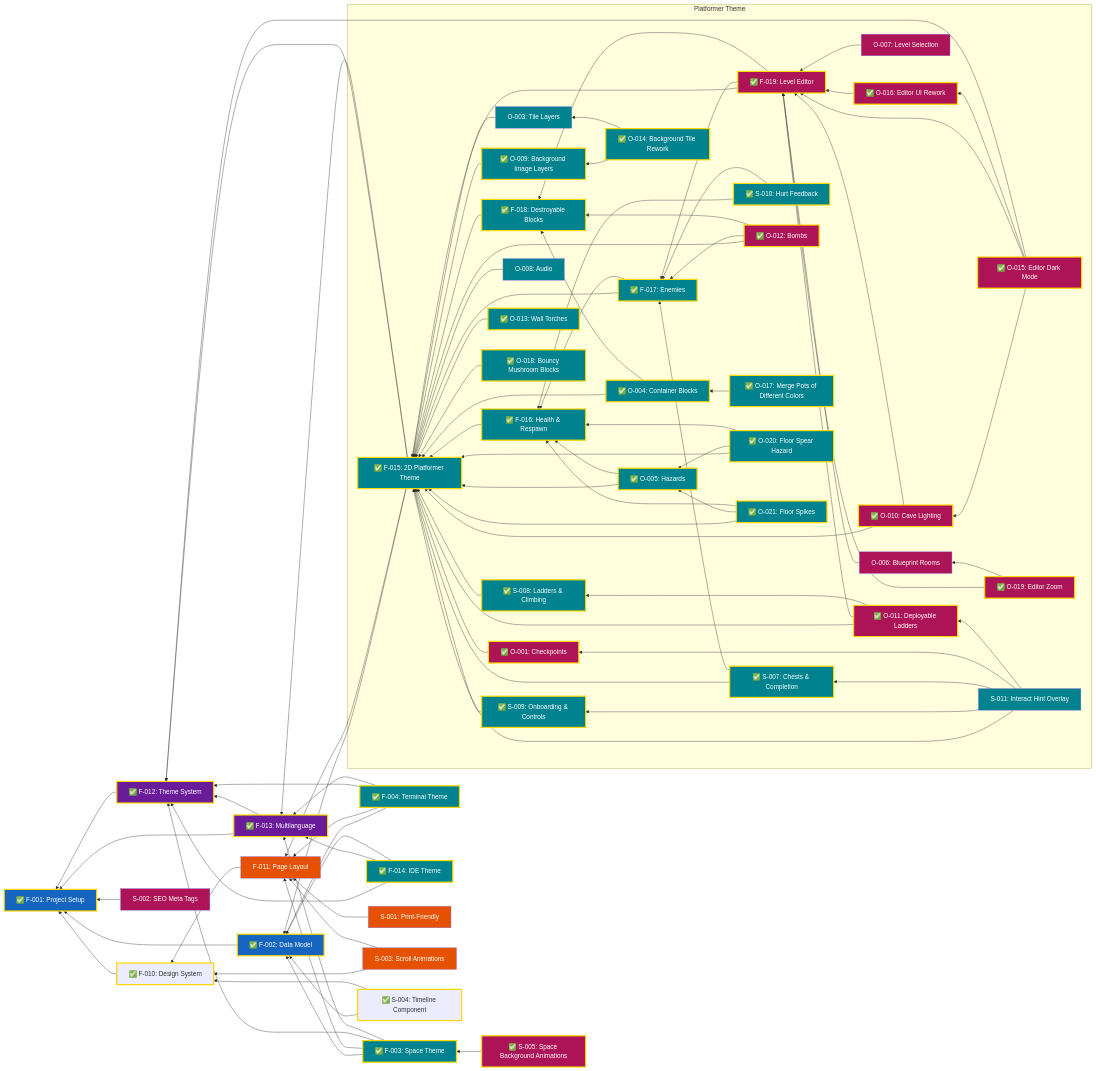
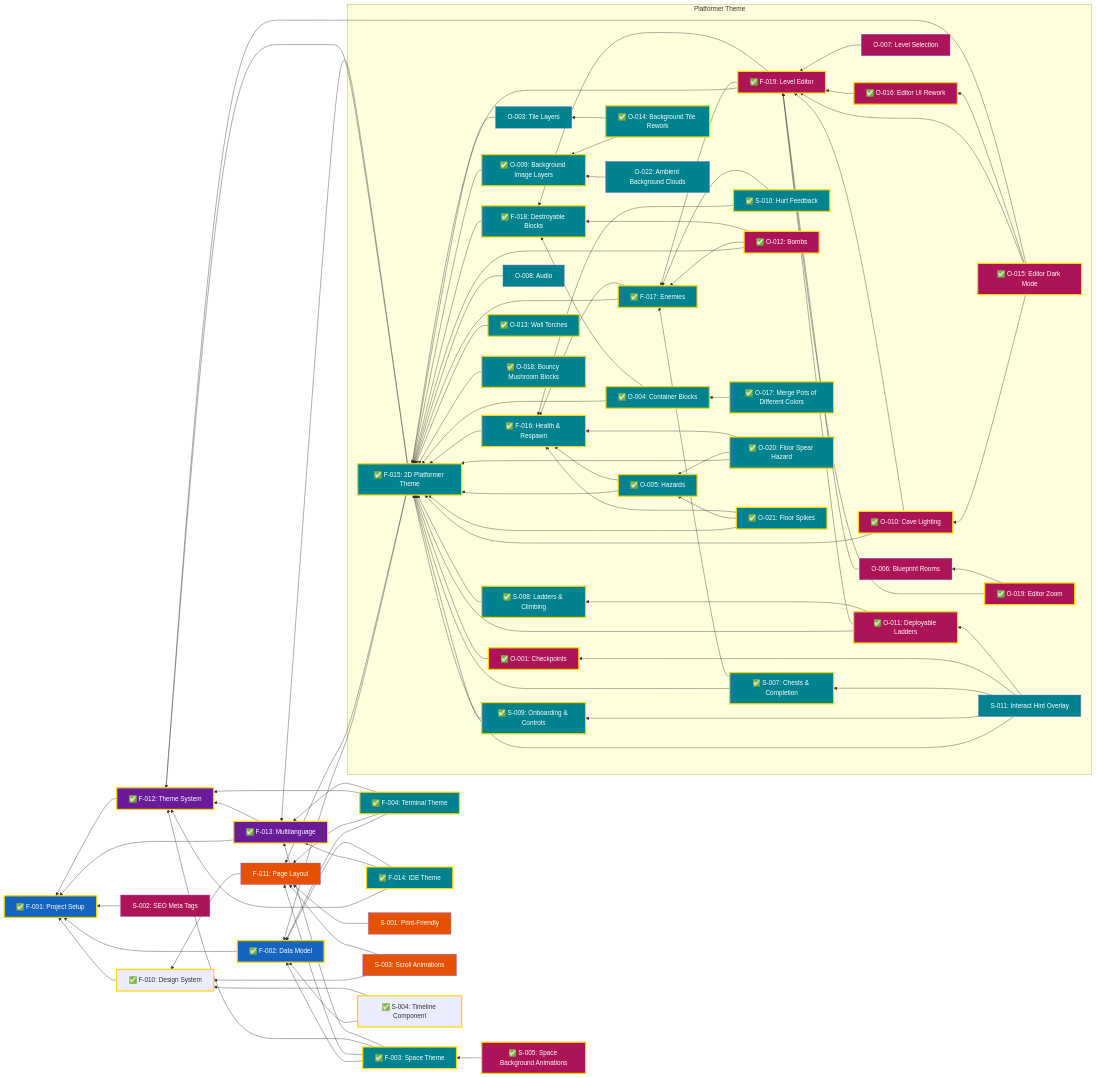
Before and after one commit to garcipat/cv-website: the diagram in docs/Features.md, drawn with Mermaid. The commit also changed 19 other files, not shown here.

First line of the commit message:
feat(platformer): add ambient background clouds (O-022)

```diff
--- a/docs/Features.md
+++ b/docs/Features.md
@@ -53,6 +53,7 @@
         O019["✅ O-019: Editor Zoom"]
         O020["✅ O-020: Floor Spear Hazard"]
         O021["✅ O-021: Floor Spikes"]
+        O022["O-022: Ambient Background Clouds"]
         S011["S-011: Interact Hint Overlay"]
     end
 
@@ -135,6 +136,8 @@
     O021 --> O005
     O021 --> F016
 
+    O022 --> O009
+
     S011 --> F015
     S011 --> S009
     S011 --> S007
@@ -165,6 +168,7 @@
     class O001 done
     class S005 done
     class F015,F016,F017,F018,S007,S008,S009,S010,O003,O004,O005,O008,O009,O013,O014,O020,O021 themes
+    class O022 themes
     class S011 themes
     class O017 themes
     class O017 done
```
